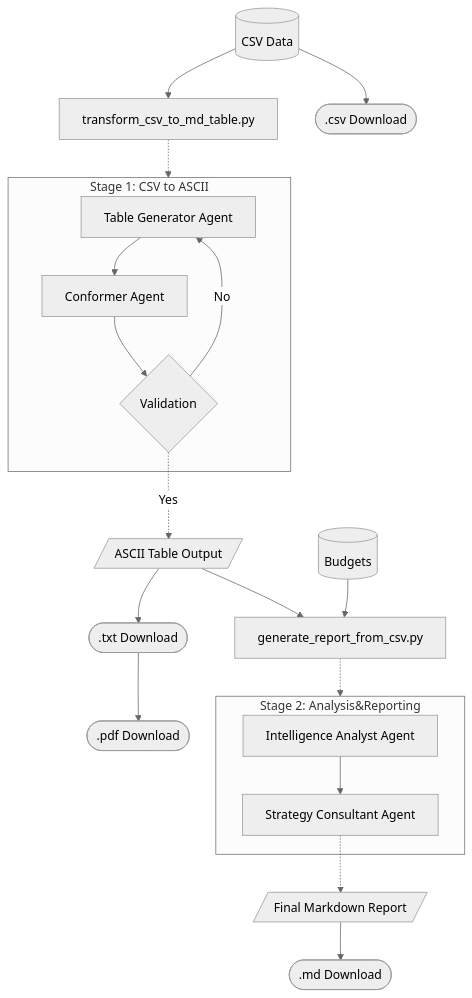
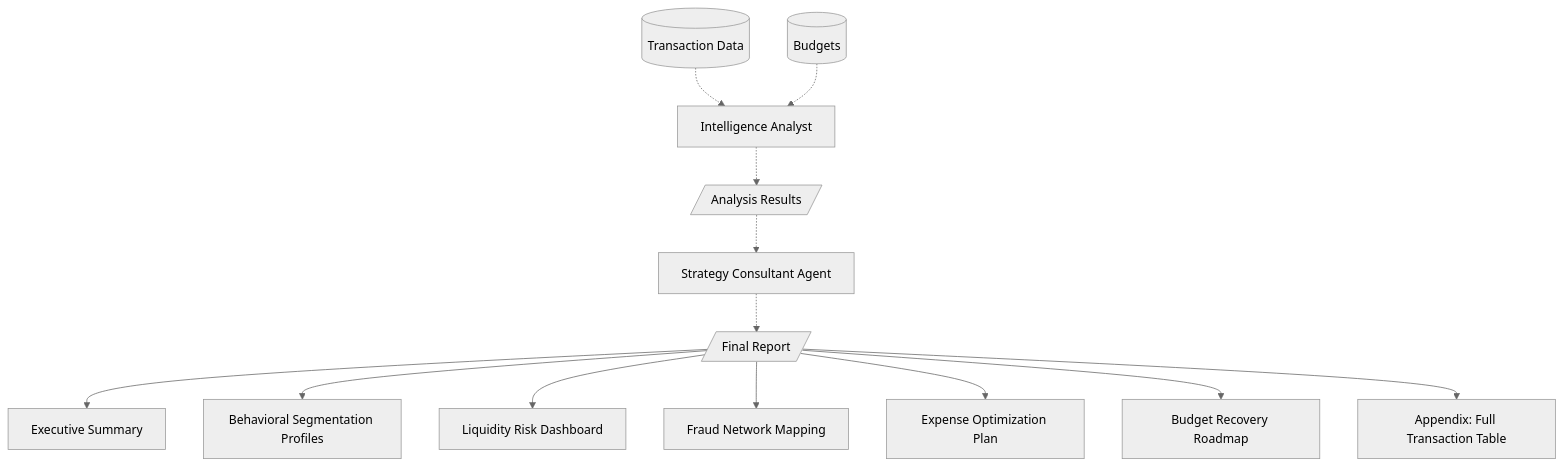
The diagram in trial.md (rakshita-vijay/finance-tracker), drawn with Mermaid (neutral theme) before and after one commit.

````diff
--- a/trial.md
+++ b/trial.md
@@ -1,30 +1,15 @@
 ```mermaid
 flowchart TD
-    A[(CSV Data)] --> B[transform_csv_to_md_table.py]
-    A --> Aa([".csv Download"])
-    C --> Ca([".txt Download"])
-    Ca --> Cb([".pdf Download"])
-    C[/ASCII Table Output/] --> D[generate_report_from_csv.py]
-    E[(Budgets)] --> D
-    F[/Final Markdown Report/]
-    F --> Fa([".md Download"])
- 
-    subgraph Stage1 ["Stage 1: CSV to ASCII"]
-        B1[Table Generator Agent]
-        B2[Conformer Agent]
-        B1 --> B2
-        B2 --> B3{Validation}
-        B3 -->| No | B1 
-    end
-
-    subgraph Stage2 ["Stage 2: Analysis&Reporting"]
-        D1[Intelligence Analyst Agent]
-        D2[Strategy Consultant Agent]
-        D1 --> D2
-    end
-
-    B -.-> Stage1
-    D -.-> Stage2
-    B3 -.->| Yes | C
-    D2 -.-> F 
+    Aa[(Transaction Data)] -.-> Ab[Intelligence Analyst]
+    Ac[(Budgets)] -.-> Ab 
+    Ab -.-> A[/Analysis Results/]
+    A -.-> Ba[Strategy Consultant Agent]
+    Ba -.-> B[/Final Report/] 
+    B --> C[Executive Summary]
+    B --> D[Behavioral Segmentation Profiles]
+    B --> E[Liquidity Risk Dashboard]
+    B --> F[Fraud Network Mapping]
+    B --> G[Expense Optimization Plan]
+    B --> H[Budget Recovery Roadmap]
+    B --> I[Appendix: Full Transaction Table] 
 ``` 
````
